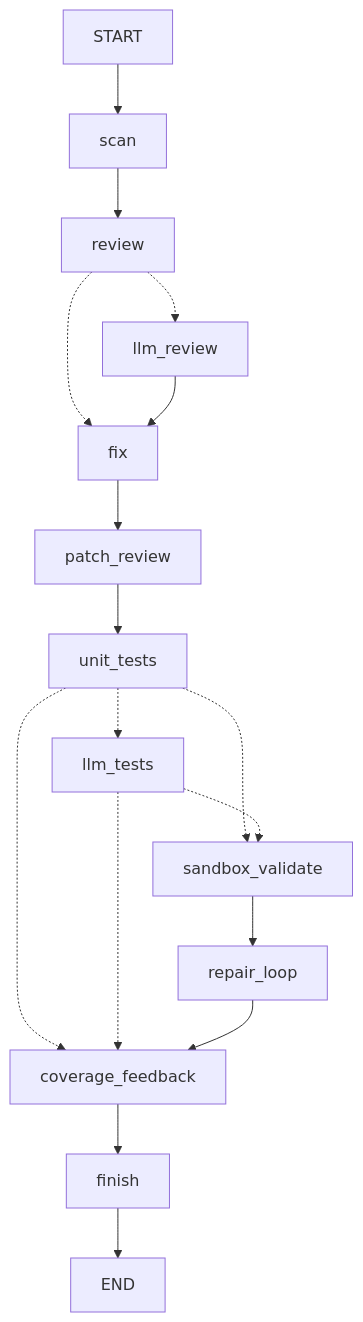
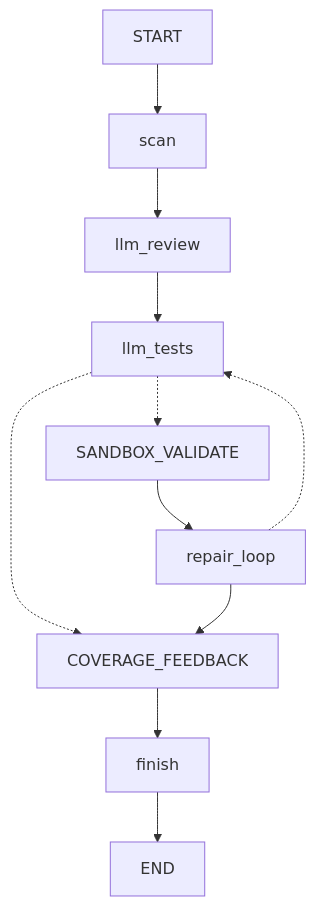
One commit to Isaacsen/cs599-project changed the first of 2 diagrams in docs/architecture.md. Above: the diagram before and after it, drawn with Mermaid. The commit also changed other lines of this file and 30 other files, not shown here.

Commit message:
Implement LLM repair loop workflow

````diff
--- a/docs/architecture.md
+++ b/docs/architecture.md
@@ -19,19 +11,13 @@
 ```mermaid
 graph TD
     START["START"] --> SCAN["scan"]
-    SCAN --> REVIEW["review"]
-    REVIEW -.-> LLM_REVIEW["llm_review"]
-    REVIEW -.-> FIX["fix"]
-    LLM_REVIEW --> FIX
-    FIX --> PATCH_REVIEW["patch_review"]
-    PATCH_REVIEW --> UNIT_TESTS["unit_tests"]
-    UNIT_TESTS -.-> LLM_TESTS["llm_tests"]
-    UNIT_TESTS -.-> SANDBOX_VALIDATE["sandbox_validate"]
-    UNIT_TESTS -.-> COVERAGE_FEEDBACK["coverage_feedback"]
+    SCAN --> LLM_REVIEW["llm_review"]
+    LLM_REVIEW --> LLM_TESTS["llm_tests"]
     LLM_TESTS -.-> SANDBOX_VALIDATE
     LLM_TESTS -.-> COVERAGE_FEEDBACK
     SANDBOX_VALIDATE --> REPAIR_LOOP["repair_loop"]
+    REPAIR_LOOP -.-> LLM_TESTS
     REPAIR_LOOP --> COVERAGE_FEEDBACK
     COVERAGE_FEEDBACK --> FINISH["finish"]
     FINISH --> END["END"]
 ```
````
